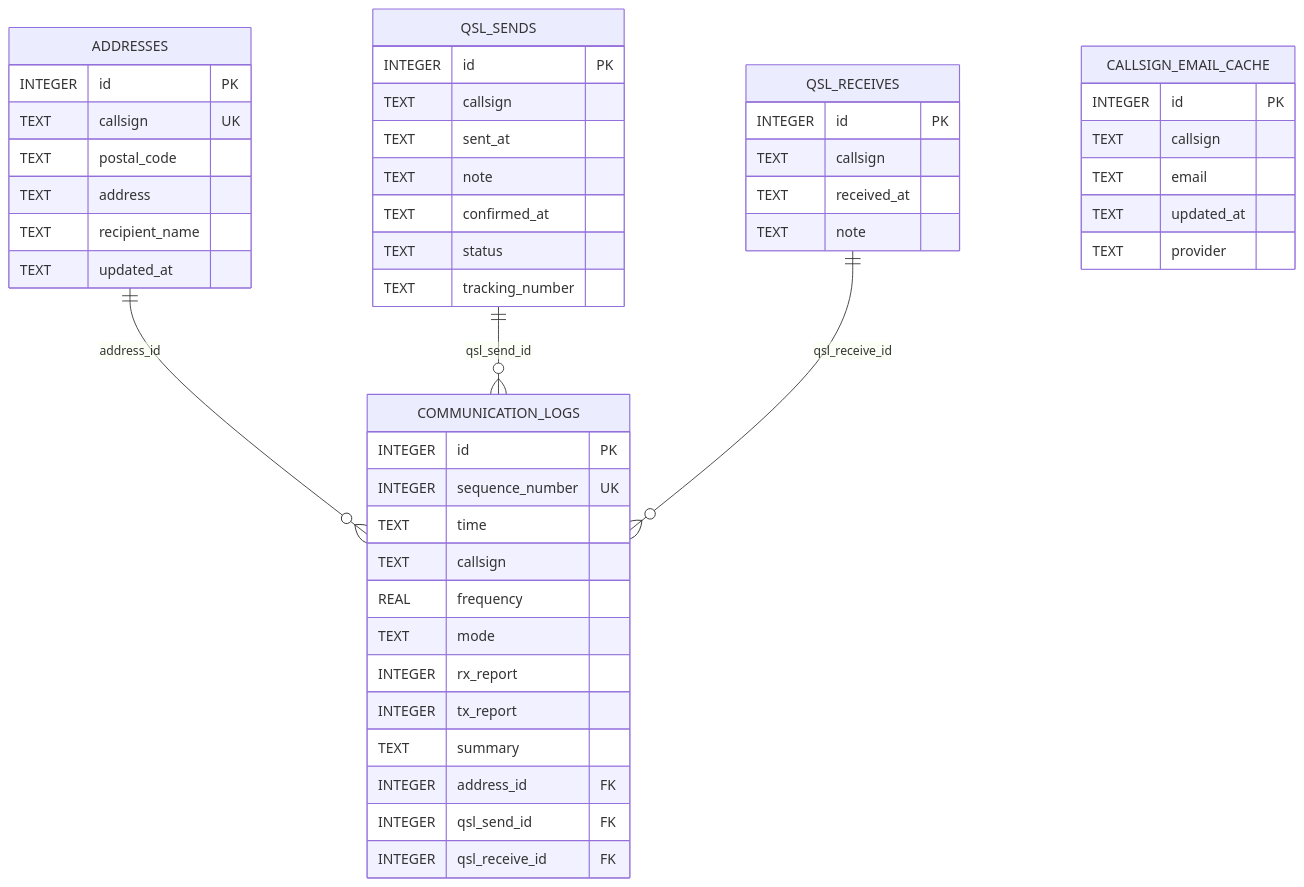
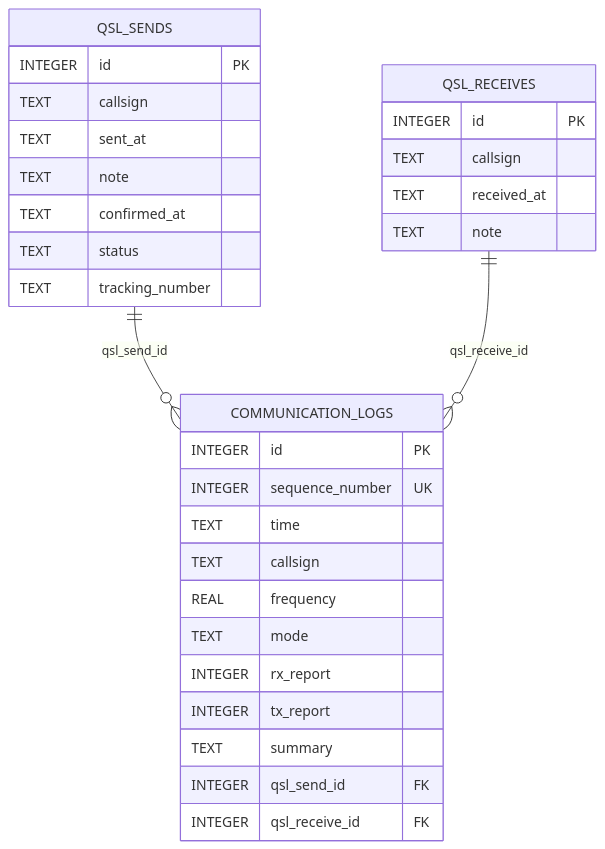
Before and after one commit to kuankuan2007/hamlog-manager: the first of 2 diagrams in docs/database.md, drawn with Mermaid. The commit also changed other lines of this file and 24 other files, not shown here.

````diff
--- a/docs/database.md
+++ b/docs/database.md
@@ -16,51 +16,34 @@
 ```mermaid
 erDiagram
-    ADDRESSES ||--o{ COMMUNICATION_LOGS : address_id
     QSL_SENDS ||--o{ COMMUNICATION_LOGS : qsl_send_id
     QSL_RECEIVES ||--o{ COMMUNICATION_LOGS : qsl_receive_id
 
-    ADDRESSES {
-        INTEGER id PK
-        TEXT callsign UK
-        TEXT postal_code
-        TEXT address
-        TEXT recipient_name
-        TEXT updated_at
-    }
     COMMUNICATION_LOGS {
         INTEGER id PK
         INTEGER sequence_number UK
         TEXT time
         TEXT callsign
         REAL frequency
         TEXT mode
         INTEGER rx_report
         INTEGER tx_report
         TEXT summary
-        INTEGER address_id FK
         INTEGER qsl_send_id FK
         INTEGER qsl_receive_id FK
     }
     QSL_SENDS {
         INTEGER id PK
         TEXT callsign
         TEXT sent_at
         TEXT note
         TEXT confirmed_at
         TEXT status
         TEXT tracking_number
     }
     QSL_RECEIVES {
         INTEGER id PK
         TEXT callsign
         TEXT received_at
         TEXT note
     }
-    CALLSIGN_EMAIL_CACHE {
-        INTEGER id PK
-        TEXT callsign
-        TEXT email
-        TEXT updated_at
-        TEXT provider
-    }
 ```
````
